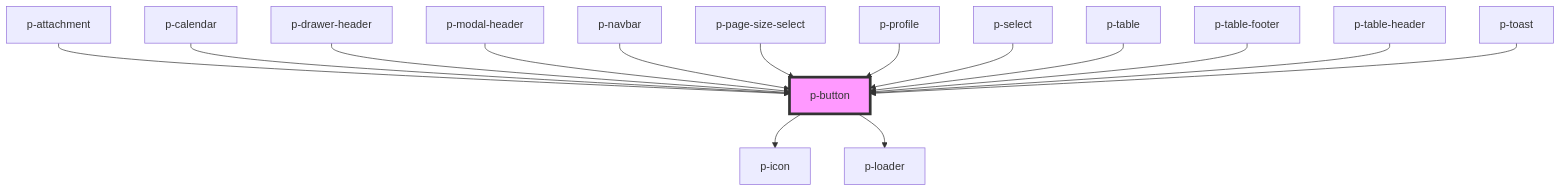
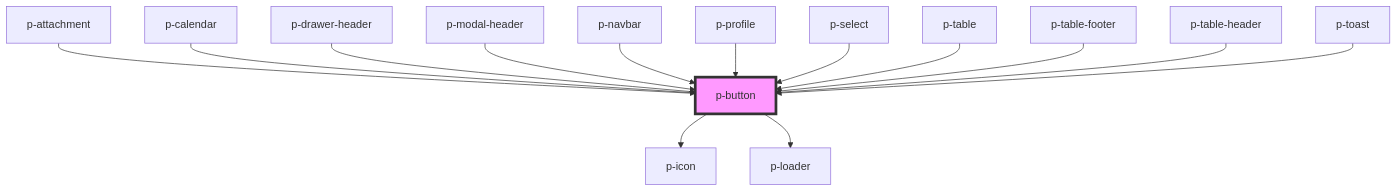
Before and after one commit to Employes/Paperless: the diagram in packages/core/src/components/molecules/button/readme.md, drawn with Mermaid. The commit also changed other lines of this file and 49 other files, not shown here.

Commit message:
refactor(molecules/pagination): Apply rebranding & rename page-size-select to pagination-size

````diff
--- a/packages/core/src/components/molecules/button/readme.md
+++ b/packages/core/src/components/molecules/button/readme.md
@@ -64,18 +63,17 @@
 ```mermaid
 graph TD;
   p-button --> p-icon
   p-button --> p-loader
   p-attachment --> p-button
   p-calendar --> p-button
   p-drawer-header --> p-button
   p-modal-header --> p-button
   p-navbar --> p-button
-  p-page-size-select --> p-button
   p-profile --> p-button
   p-select --> p-button
   p-table --> p-button
   p-table-footer --> p-button
   p-table-header --> p-button
   p-toast --> p-button
   style p-button fill:#f9f,stroke:#333,stroke-width:4px
 ```
````
